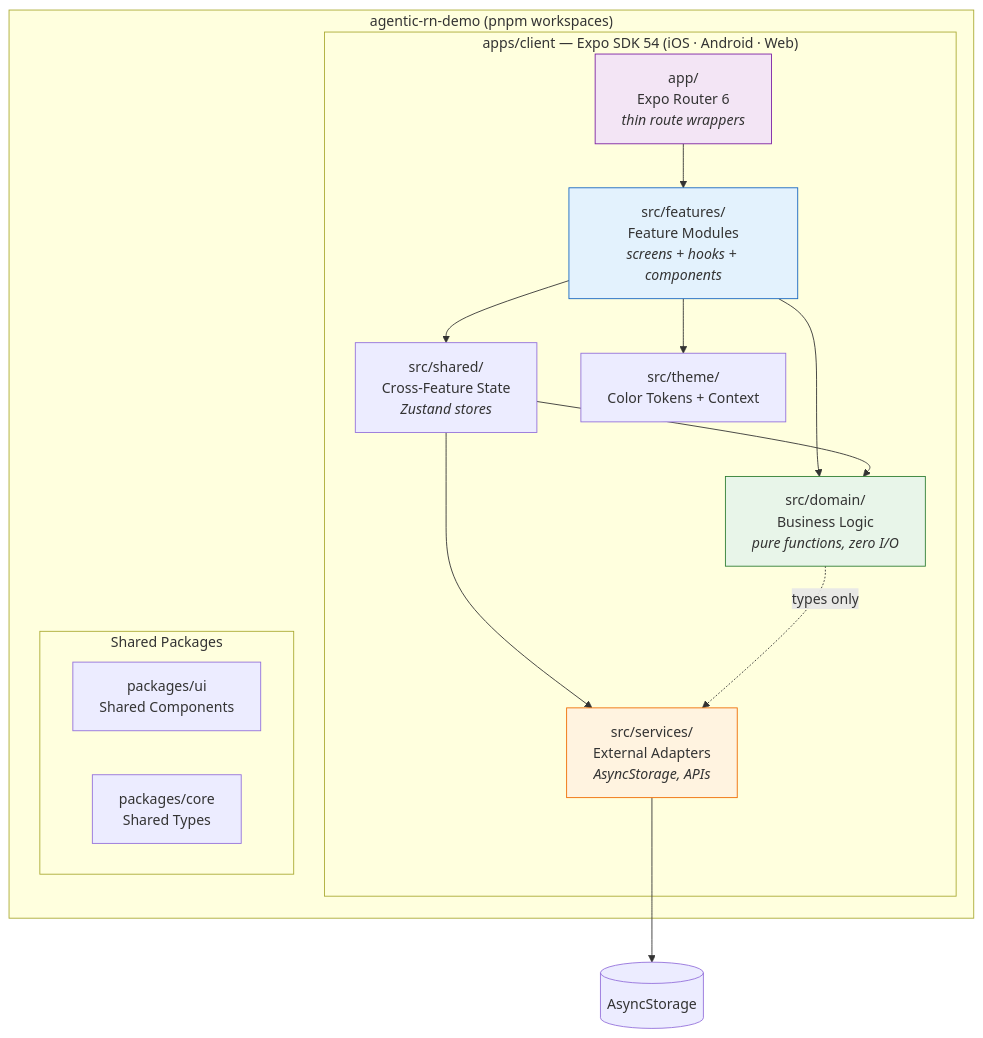
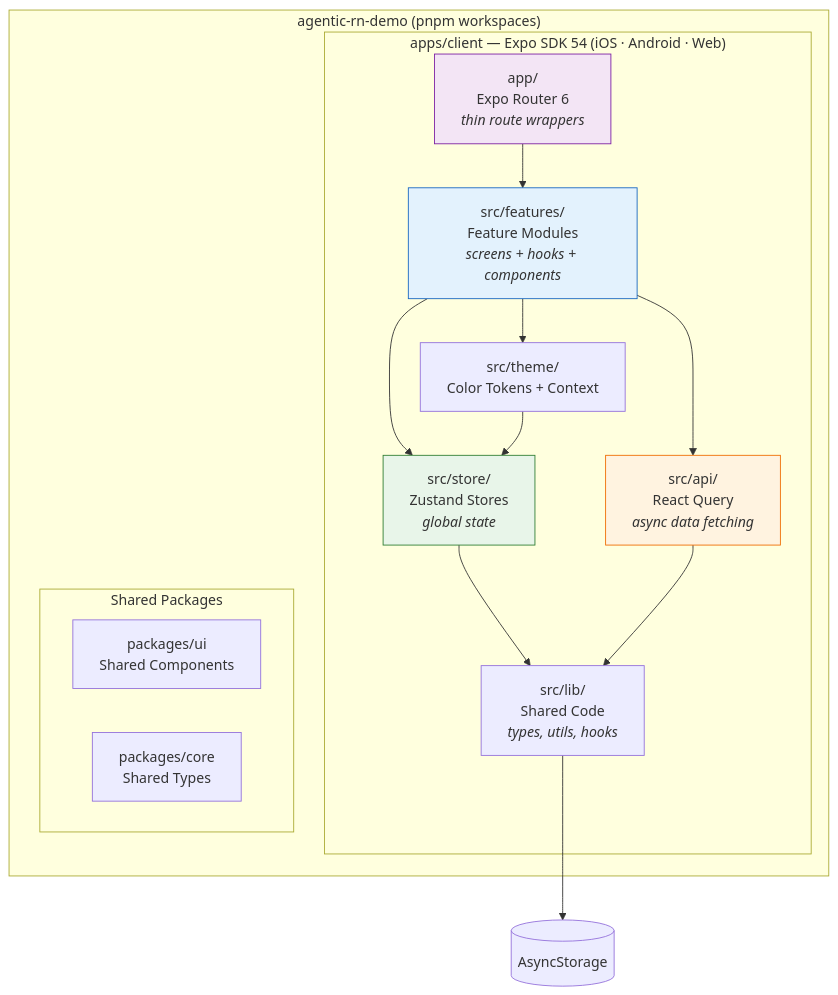
The first of 4 diagrams in docs/ARCHITECTURE.md (RDOToole89/agentic-rn-demo), drawn with Mermaid before and after one commit. The commit also changed other lines of this file and 27 other files, not shown here.

First line of the commit message:
refactor(client): migrate to lib/ + store/ + api/ architecture

````diff
--- a/docs/ARCHITECTURE.md
+++ b/docs/ARCHITECTURE.md
@@ -16,31 +16,31 @@
 ```mermaid
 graph TB
     subgraph Monorepo["agentic-rn-demo (pnpm workspaces)"]
         subgraph Client["apps/client — Expo SDK 54 (iOS · Android · Web)"]
             Router["app/<br/>Expo Router 6<br/><i>thin route wrappers</i>"]
             Features["src/features/<br/>Feature Modules<br/><i>screens + hooks + components</i>"]
-            Shared["src/shared/<br/>Cross-Feature State<br/><i>Zustand stores</i>"]
-            Domain["src/domain/<br/>Business Logic<br/><i>pure functions, zero I/O</i>"]
-            Services["src/services/<br/>External Adapters<br/><i>AsyncStorage, APIs</i>"]
+            Store["src/store/<br/>Zustand Stores<br/><i>global state</i>"]
+            API["src/api/<br/>React Query<br/><i>async data fetching</i>"]
+            Lib["src/lib/<br/>Shared Code<br/><i>types, utils, hooks</i>"]
             Theme["src/theme/<br/>Color Tokens + Context"]
         end
         subgraph Packages["Shared Packages"]
             UI["packages/ui<br/>Shared Components"]
             Core["packages/core<br/>Shared Types"]
         end
     end
 
     Router --> Features
-    Features --> Shared
-    Features --> Domain
+    Features --> Store
+    Features --> API
     Features --> Theme
-    Shared --> Domain
-    Shared --> Services
-    Domain -.->|types only| Services
-    Services --> AsyncStorage[(AsyncStorage)]
+    Store --> Lib
+    API --> Lib
+    Theme --> Store
+    Lib --> AsyncStorage[(AsyncStorage)]
 
-    style Domain fill:#e8f5e9,stroke:#2e7d32
-    style Services fill:#fff3e0,stroke:#ef6c00
+    style Store fill:#e8f5e9,stroke:#2e7d32
+    style API fill:#fff3e0,stroke:#ef6c00
     style Features fill:#e3f2fd,stroke:#1565c0
     style Router fill:#f3e5f5,stroke:#7b1fa2
 ```
````
